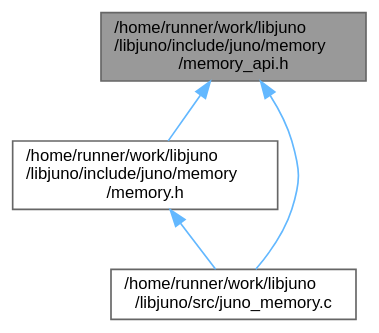
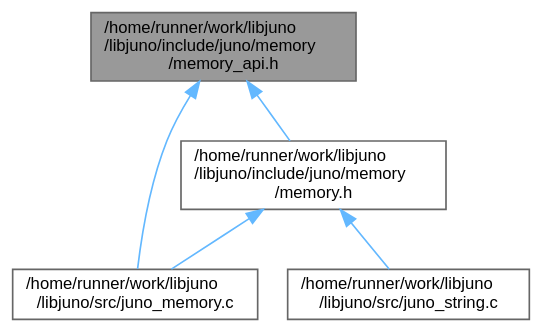
Before and after one commit to robinonsay/libjuno: the diagram in memory__api_8h__dep__incl.dot, drawn with Graphviz. The commit also changed 105 other files, not shown here.

```diff
--- a/memory__api_8h__dep__incl.dot
+++ b/memory__api_8h__dep__incl.dot
@@ -1,13 +1,15 @@
 digraph "/home/runner/work/libjuno/libjuno/include/juno/memory/memory_api.h"
 {
  // LATEX_PDF_SIZE
   bgcolor="transparent";
   edge [fontname=Helvetica,fontsize=10,labelfontname=Helvetica,labelfontsize=10];
   node [fontname=Helvetica,fontsize=10,shape=box,height=0.2,width=0.4];
   Node1 [id="Node000001",label="/home/runner/work/libjuno\l/libjuno/include/juno/memory\l/memory_api.h",height=0.2,width=0.4,color="gray40", fillcolor="grey60", style="filled", fontcolor="black",tooltip=" "];
   Node1 -> Node2 [id="edge1_Node000001_Node000002",dir="back",color="steelblue1",style="solid",tooltip=" "];
   Node2 [id="Node000002",label="/home/runner/work/libjuno\l/libjuno/include/juno/memory\l/memory.h",height=0.2,width=0.4,color="grey40", fillcolor="white", style="filled",URL="$memory_8h.html",tooltip=" "];
   Node2 -> Node3 [id="edge2_Node000002_Node000003",dir="back",color="steelblue1",style="solid",tooltip=" "];
   Node3 [id="Node000003",label="/home/runner/work/libjuno\l/libjuno/src/juno_memory.c",height=0.2,width=0.4,color="grey40", fillcolor="white", style="filled",URL="$juno__memory_8c.html",tooltip=" "];
-  Node1 -> Node3 [id="edge3_Node000001_Node000003",dir="back",color="steelblue1",style="solid",tooltip=" "];
+  Node2 -> Node4 [id="edge3_Node000002_Node000004",dir="back",color="steelblue1",style="solid",tooltip=" "];
+  Node4 [id="Node000004",label="/home/runner/work/libjuno\l/libjuno/src/juno_string.c",height=0.2,width=0.4,color="grey40", fillcolor="white", style="filled",URL="$juno__string_8c.html",tooltip=" "];
+  Node1 -> Node3 [id="edge4_Node000001_Node000003",dir="back",color="steelblue1",style="solid",tooltip=" "];
 }
```
